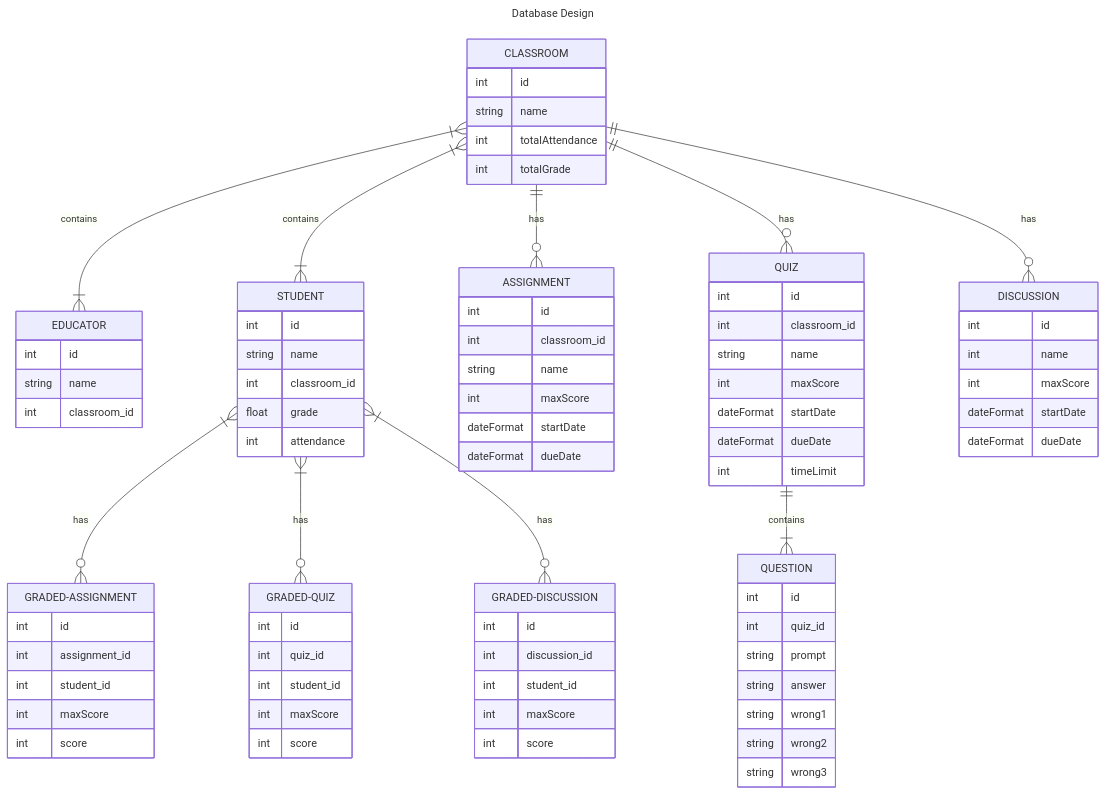
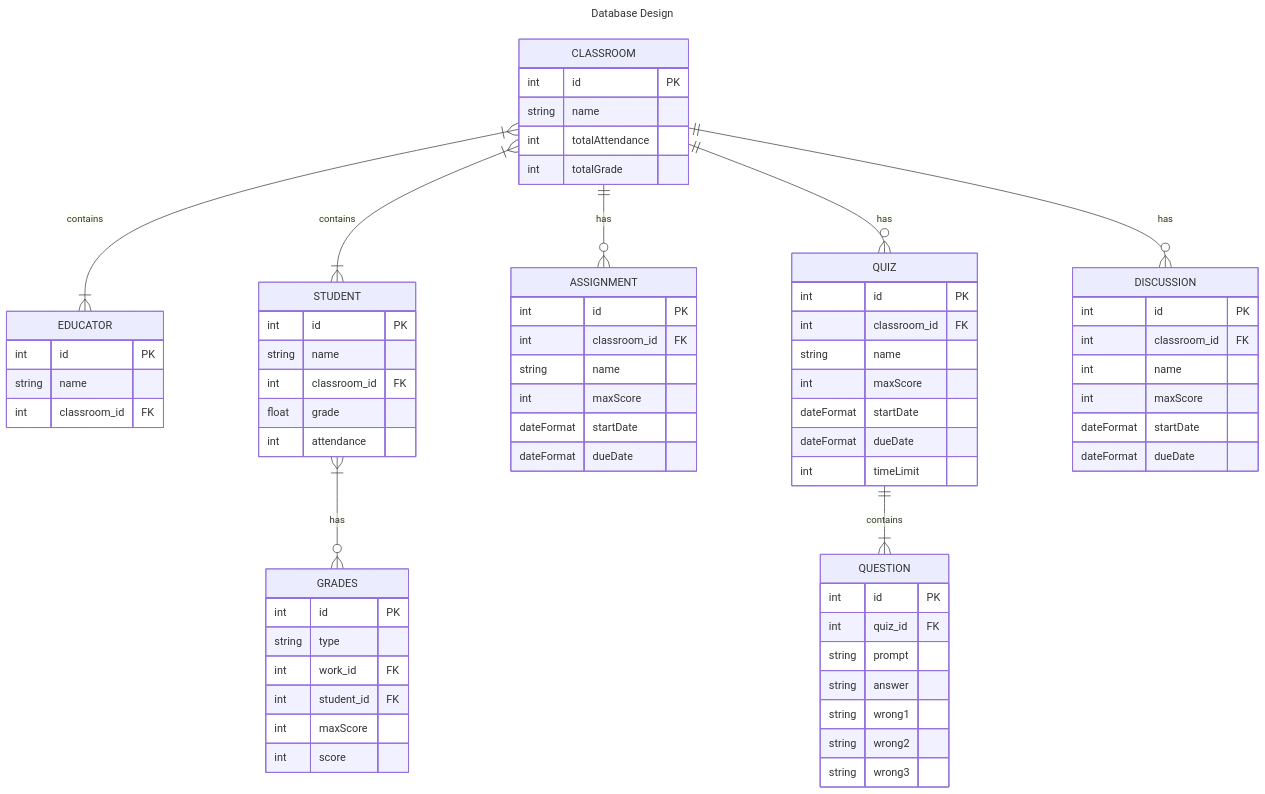
Before and after one commit to Capstone-Projects-2023-Spring/project-discord-classroom: the first of 4 diagrams in documentation/docs/system-architecture/design.md, drawn with Mermaid.

Commit message:
Updated database design

````diff
--- a/documentation/docs/system-architecture/design.md
+++ b/documentation/docs/system-architecture/design.md
@@ -34,34 +34,34 @@
 ---
 erDiagram
     CLASSROOM {
-        int id
+        int id PK
         string name
         int totalAttendance
         int totalGrade
     }
     EDUCATOR {
-        int id
+        int id PK
         string name
-        int classroom_id
+        int classroom_id FK
     }
     STUDENT {
-        int id
+        int id PK
         string name
-        int classroom_id
+        int classroom_id FK
         float grade
         int attendance
     }
     ASSIGNMENT {
-        int id
-        int classroom_id
+        int id PK
+        int classroom_id FK
         string name
         int maxScore
         dateFormat startDate
         dateFormat dueDate
     }
     QUIZ {
-        int id
-        int classroom_id
+        int id PK
+        int classroom_id FK
         string name
         int maxScore
         dateFormat startDate
@@ -69,8 +69,8 @@
         int timeLimit
     }
     QUESTION {
-        int id
-        int quiz_id
+        int id PK
+        int quiz_id FK
         string prompt
         string answer
         string wrong1
@@ -78,30 +78,18 @@
         string wrong3
     }
     DISCUSSION {
-       int id
+       int id PK
+       int classroom_id FK
        int name
        int maxScore
        dateFormat startDate
        dateFormat dueDate 
     }
-    GRADED-ASSIGNMENT {
-        int id
-        int assignment_id
-        int student_id
-        int maxScore
-        int score
-    }
-    GRADED-QUIZ {
-        int id
-        int quiz_id
-        int student_id
-        int maxScore
-        int score
-    }
-    GRADED-DISCUSSION {
-        int id
-        int discussion_id
-        int student_id
+    GRADES {
+        int id PK
+        string type
+        int work_id FK
+        int student_id FK
         int maxScore
         int score
     }
@@ -111,7 +99,5 @@
     CLASSROOM ||--o{ QUIZ : has
     CLASSROOM ||--o{ DISCUSSION : has
     QUIZ ||--|{ QUESTION : contains
-    STUDENT }|--o{ GRADED-ASSIGNMENT : has
-    STUDENT }|--o{ GRADED-QUIZ : has
-    STUDENT }|--o{ GRADED-DISCUSSION : has   
+    STUDENT }|--o{ GRADES : has
 ```
````
